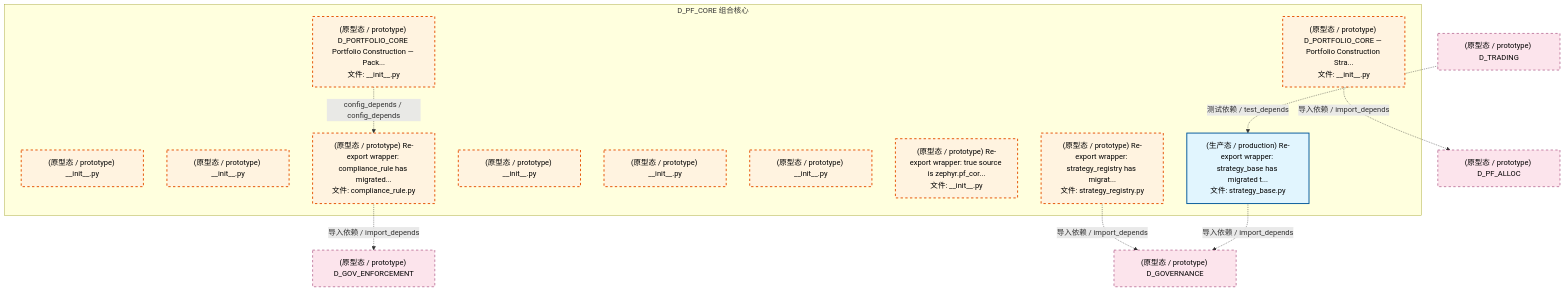
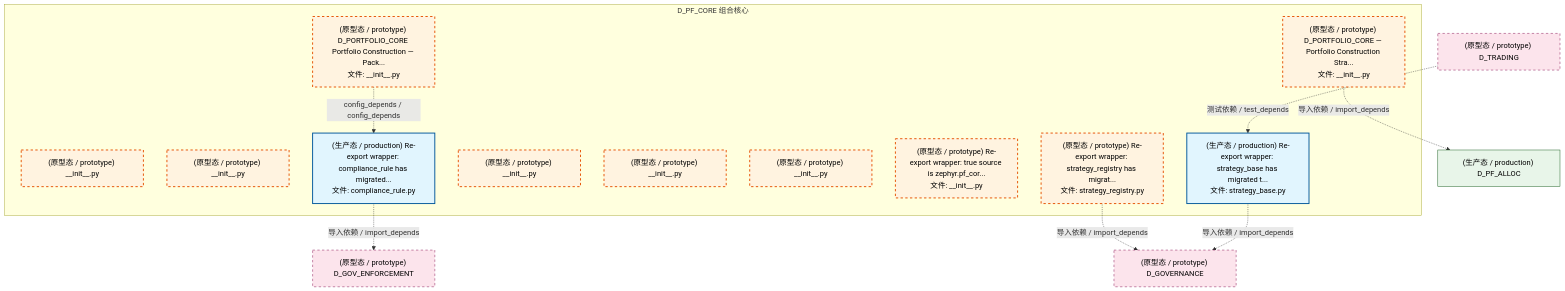
Before and after one commit to xuanFelixVan/ZephyrAlpha: the first of 4 diagrams in docs/02_enterprise_architecture/02_domain_architecture_docs/52_d_pf_core.md, drawn with Mermaid. The commit also changed other lines of this file and 126 other files, not shown here.

````diff
--- a/docs/02_enterprise_architecture/02_domain_architecture_docs/52_d_pf_core.md
+++ b/docs/02_enterprise_architecture/02_domain_architecture_docs/52_d_pf_core.md
@@ -74,33 +74,34 @@
 ```mermaid
 graph TD
     subgraph D_PF_CORE["D_PF_CORE 组合核心"]
         src_zephyr_pf_core_init_py["(原型态 / prototype) D_PORTFOLIO_CORE Portfolio Construction — Pack...<br/>文件: __init__.py"]
         src_zephyr_pf_core_extensions_init_py["(原型态 / prototype) __init__.py"]
         src_zephyr_pf_core_api_init_py["(原型态 / prototype) __init__.py"]
-        src_zephyr_pf_core_compliance_rule_py["(原型态 / prototype) Re-export wrapper: compliance_rule has migrated...<br/>文件: compliance_rule.py"]
+        src_zephyr_pf_core_compliance_rule_py["(生产态 / production) Re-export wrapper: compliance_rule has migrated...<br/>文件: compliance_rule.py"]
         src_zephyr_pf_core_core_init_py["(原型态 / prototype) __init__.py"]
         src_zephyr_pf_core_infrastructure_init_py["(原型态 / prototype) __init__.py"]
         src_zephyr_pf_core_services_init_py["(原型态 / prototype) __init__.py"]
         src_zephyr_pf_core_strategies_init_py["(原型态 / prototype) Re-export wrapper: true source is zephyr.pf_cor...<br/>文件: __init__.py"]
         src_zephyr_pf_core_strategy_base_py["(生产态 / production) Re-export wrapper: strategy_base has migrated t...<br/>文件: strategy_base.py"]
         src_zephyr_pf_core_strategy_engine_init_py["(原型态 / prototype) D_PORTFOLIO_CORE — Portfolio Construction Stra...<br/>文件: __init__.py"]
         src_zephyr_pf_core_strategy_registry_py["(原型态 / prototype) Re-export wrapper: strategy_registry has migrat...<br/>文件: strategy_registry.py"]
     end
     src_zephyr_pf_core_init_py -.->|config_depends / config_depends| src_zephyr_pf_core_compliance_rule_py
     D_GOVERNANCE["(原型态 / prototype) D_GOVERNANCE"]
     src_zephyr_pf_core_strategy_registry_py -.->|导入依赖 / import_depends| D_GOVERNANCE
     src_zephyr_pf_core_strategy_base_py -.->|导入依赖 / import_depends| D_GOVERNANCE
     D_GOV_ENFORCEMENT["(原型态 / prototype) D_GOV_ENFORCEMENT"]
     src_zephyr_pf_core_compliance_rule_py -.->|导入依赖 / import_depends| D_GOV_ENFORCEMENT
-    D_PF_ALLOC["(原型态 / prototype) D_PF_ALLOC"]
+    D_PF_ALLOC["(生产态 / production) D_PF_ALLOC"]
     src_zephyr_pf_core_strategy_engine_init_py -.->|导入依赖 / import_depends| D_PF_ALLOC
     D_TRADING["(原型态 / prototype) D_TRADING"]
     D_TRADING -.->|测试依赖 / test_depends| src_zephyr_pf_core_strategy_base_py
     classDef production fill:#e1f5fe,stroke:#01579b,stroke-width:2px,color:#000
     classDef design fill:#fff3e0,stroke:#e65100,stroke-width:2px,color:#000,stroke-dasharray: 5 5
     classDef external_prod fill:#e8f5e9,stroke:#1b5e20,stroke-width:1px,color:#000
     classDef external_design fill:#fce4ec,stroke:#880e4f,stroke-width:1px,color:#000,stroke-dasharray: 5 5
-    class src_zephyr_pf_core_strategy_base_py production
-    class src_zephyr_pf_core_init_py,src_zephyr_pf_core_extensions_init_py,src_zephyr_pf_core_api_init_py,src_zephyr_pf_core_compliance_rule_py,src_zephyr_pf_core_core_init_py,src_zephyr_pf_core_infrastructure_init_py,src_zephyr_pf_core_services_init_py,src_zephyr_pf_core_strategies_init_py,src_zephyr_pf_core_strategy_engine_init_py,src_zephyr_pf_core_strategy_registry_py design
-    class D_GOVERNANCE,D_GOV_ENFORCEMENT,D_PF_ALLOC,D_TRADING external_design
+    class src_zephyr_pf_core_compliance_rule_py,src_zephyr_pf_core_strategy_base_py production
+    class src_zephyr_pf_core_init_py,src_zephyr_pf_core_extensions_init_py,src_zephyr_pf_core_api_init_py,src_zephyr_pf_core_core_init_py,src_zephyr_pf_core_infrastructure_init_py,src_zephyr_pf_core_services_init_py,src_zephyr_pf_core_strategies_init_py,src_zephyr_pf_core_strategy_engine_init_py,src_zephyr_pf_core_strategy_registry_py design
+    class D_PF_ALLOC external_prod
+    class D_GOVERNANCE,D_GOV_ENFORCEMENT,D_TRADING external_design
 ```
````
